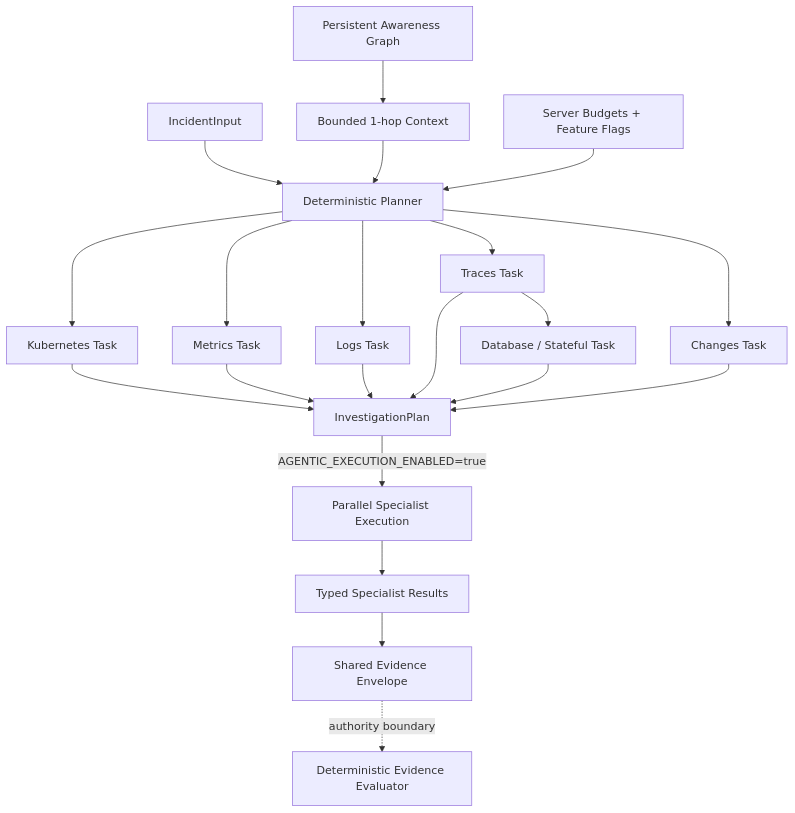
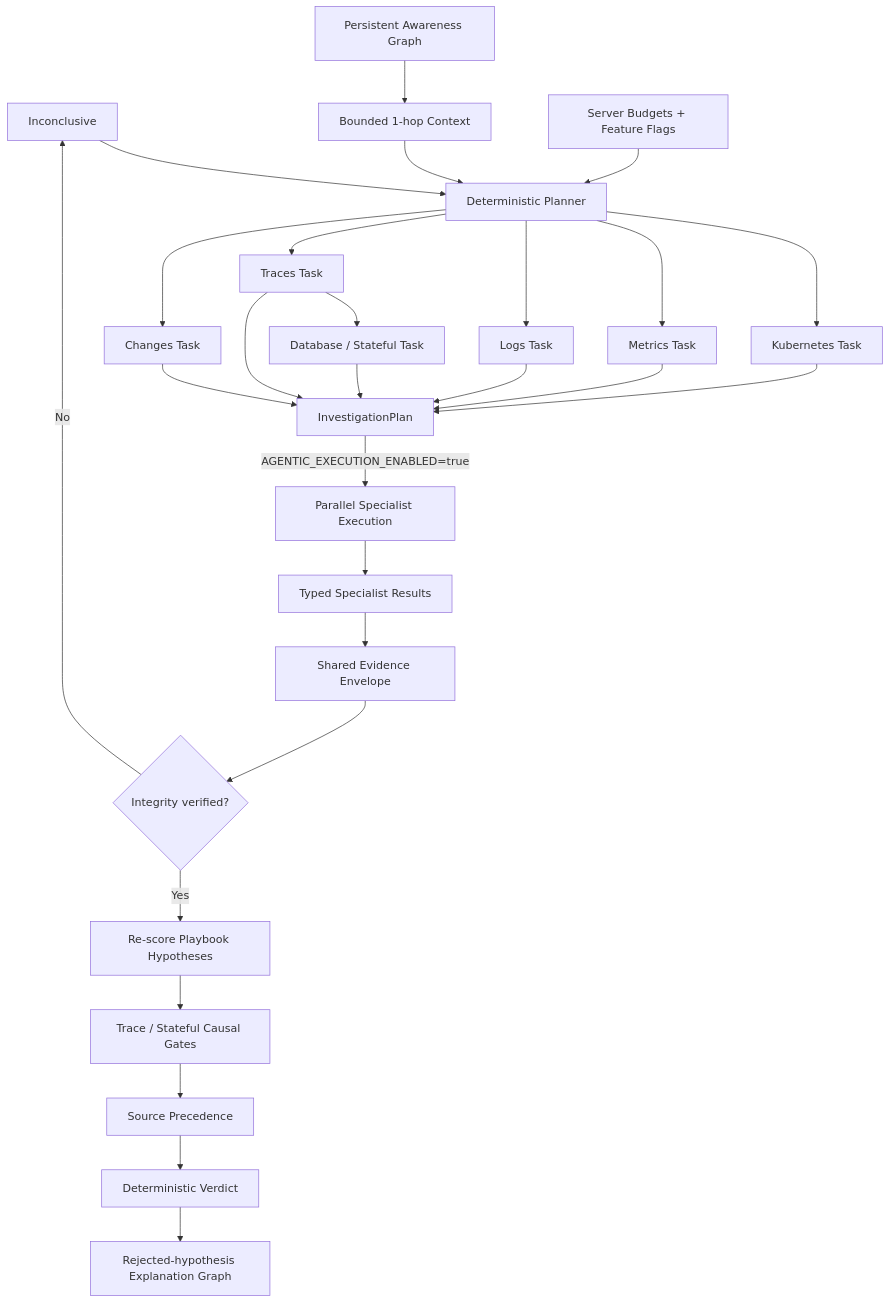
One commit to marcocristofolini/ai-sre-rca changed diagram 18 of 19 in docs/architecture.md. Above: the diagram before and after it, drawn with Mermaid. The commit also changed other lines of this file, not shown here.

Commit message:
docs: add shared envelope evaluator architecture

````diff
--- a/docs/architecture.md
+++ b/docs/architecture.md
@@ -422,26 +424,32 @@
 ```mermaid
 flowchart TD
     INC[IncidentInput] --> PLAN[Deterministic Planner]
     PAG[Persistent Awareness Graph] --> CTX[Bounded 1-hop Context]
     CTX --> PLAN
     CFG[Server Budgets + Feature Flags] --> PLAN
 
     PLAN --> K[Kubernetes Task]
     PLAN --> M[Metrics Task]
     PLAN --> L[Logs Task]
     PLAN --> T[Traces Task]
     T --> DB[Database / Stateful Task]
     PLAN --> CH[Changes Task]
 
     K --> IP[InvestigationPlan]
     M --> IP
     L --> IP
     T --> IP
     DB --> IP
     CH --> IP
 
     IP -->|AGENTIC_EXECUTION_ENABLED=true| ORCH[Parallel Specialist Execution]
     ORCH --> SR[Typed Specialist Results]
     SR --> ENV[Shared Evidence Envelope]
-    ENV -. authority boundary .-> EV[Deterministic Evidence Evaluator]
+    ENV --> HASH{Integrity verified?}
+    HASH -->|No| INC[Inconclusive]
+    HASH -->|Yes| SCORE[Re-score Playbook Hypotheses]
+    SCORE --> CAUSAL[Trace / Stateful Causal Gates]
+    CAUSAL --> PRE[Source Precedence]
+    PRE --> EV[Deterministic Verdict]
+    EV --> EX[Rejected-hypothesis Explanation Graph]
 ```
````
